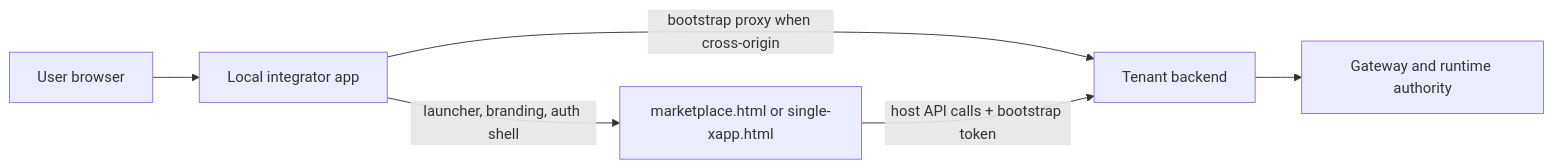
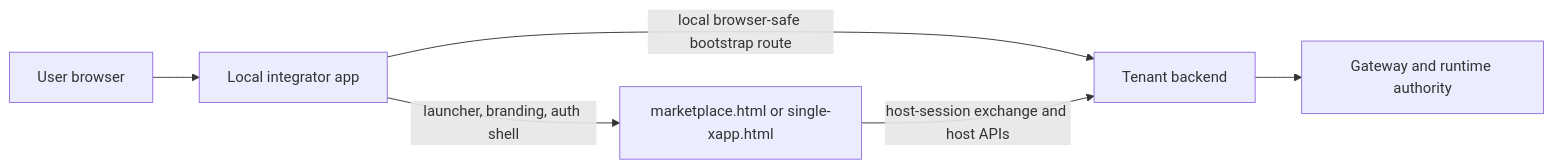
Before and after one commit to 0x730/xapps-examples: the diagram in apps/tenants/docs/host-mode/README.md, drawn with Mermaid. The commit also changed other lines of this file and 88 other files, not shown here.

````diff
--- a/apps/tenants/docs/host-mode/README.md
+++ b/apps/tenants/docs/host-mode/README.md
@@ -10,8 +10,8 @@
 ```mermaid
 flowchart LR
   U[User browser] --> H[Local integrator app]
   H -->|launcher, branding, auth shell| P[marketplace.html or single-xapp.html]
-  H -->|bootstrap proxy when cross-origin| T[Tenant backend]
-  P -->|host API calls + bootstrap token| T
+  H -->|local browser-safe bootstrap route| T[Tenant backend]
+  P -->|host-session exchange and host APIs| T
   T --> G[Gateway and runtime authority]
 ```
````
